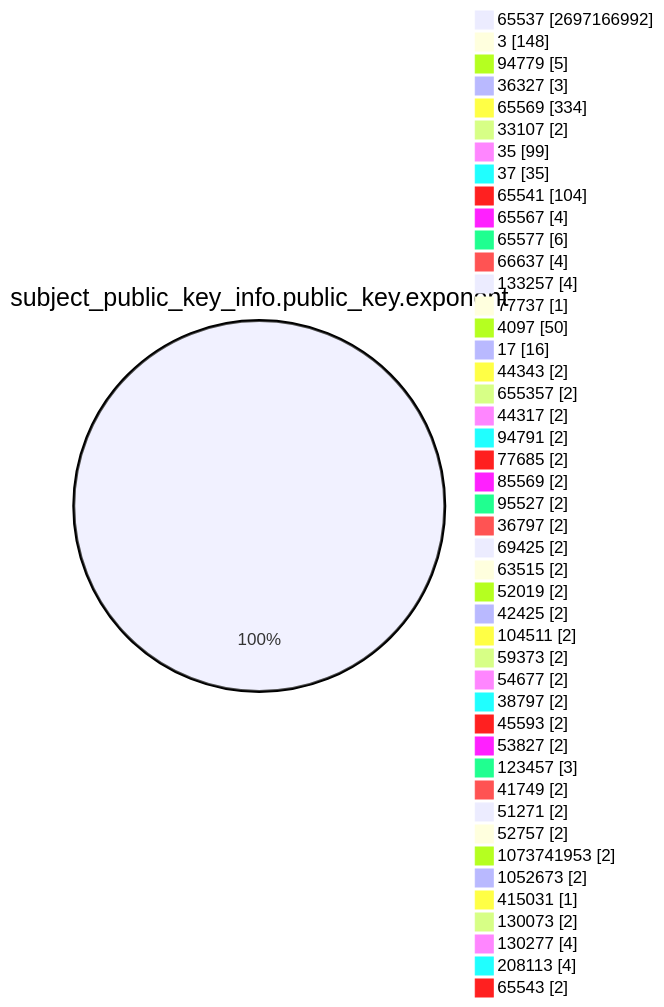
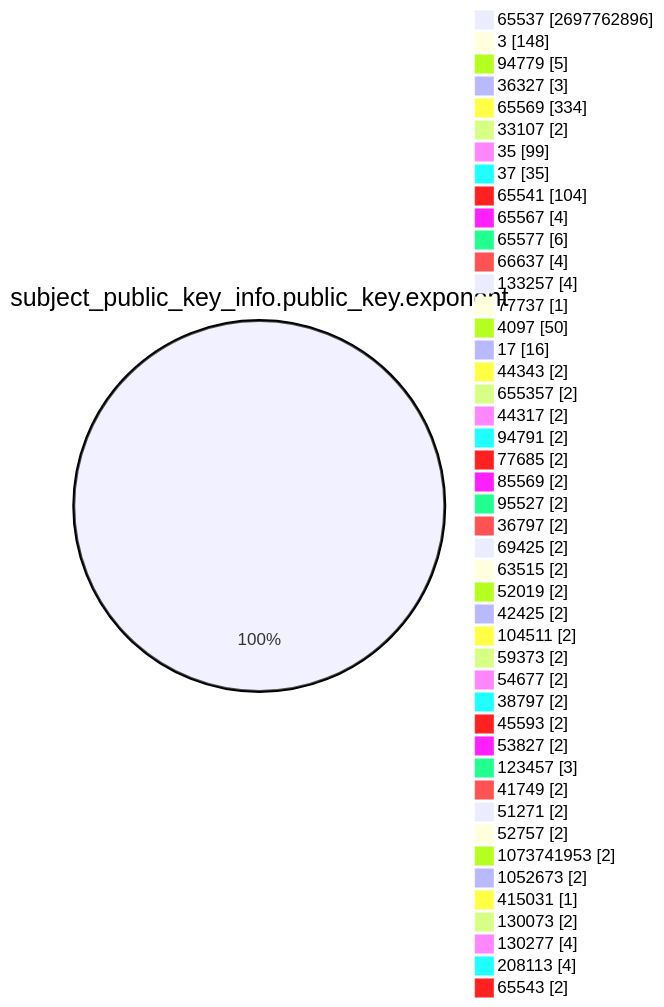
Before and after one commit to christiankrug/ctmonitor_visualization: the fourth of 15 diagrams in TOTAL/README.md, drawn with Mermaid. The commit also changed other lines of this file, not shown here.

````diff
--- a/TOTAL/README.md
+++ b/TOTAL/README.md
@@ -1467,49 +1467,49 @@
 ```mermaid
 pie showData
 title subject_public_key_info.public_key.exponent
-"65537" :2697166992
+"65537" :2697762896
 "3" :148
 "94779" :5
 "36327" :3
 "65569" :334
 "33107" :2
 "35" :99
 "37" :35
 "65541" :104
 "65567" :4
 "65577" :6
 "66637" :4
 "133257" :4
 "77737" :1
 "4097" :50
 "17" :16
 "44343" :2
 "655357" :2
 "44317" :2
 "94791" :2
 "77685" :2
 "85569" :2
 "95527" :2
 "36797" :2
 "69425" :2
 "63515" :2
 "52019" :2
 "42425" :2
 "104511" :2
 "59373" :2
 "54677" :2
 "38797" :2
 "45593" :2
 "53827" :2
 "123457" :3
 "41749" :2
 "51271" :2
 "52757" :2
 "1073741953" :2
 "1052673" :2
 "415031" :1
 "130073" :2
 "130277" :4
 "208113" :4
 "65543" :2
 ```
````
